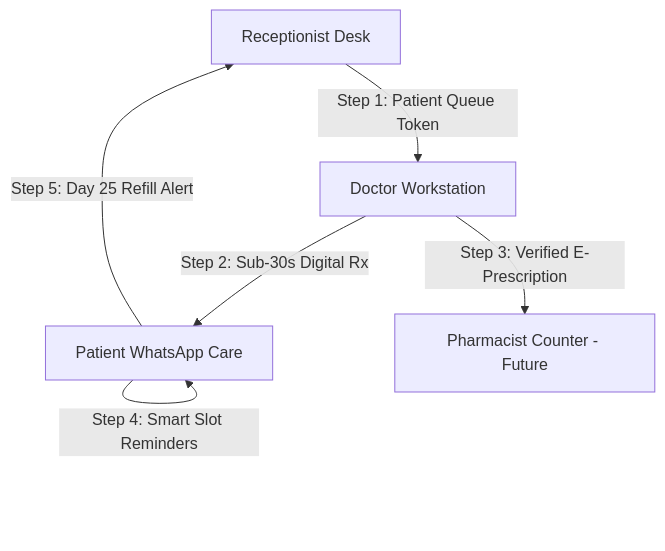
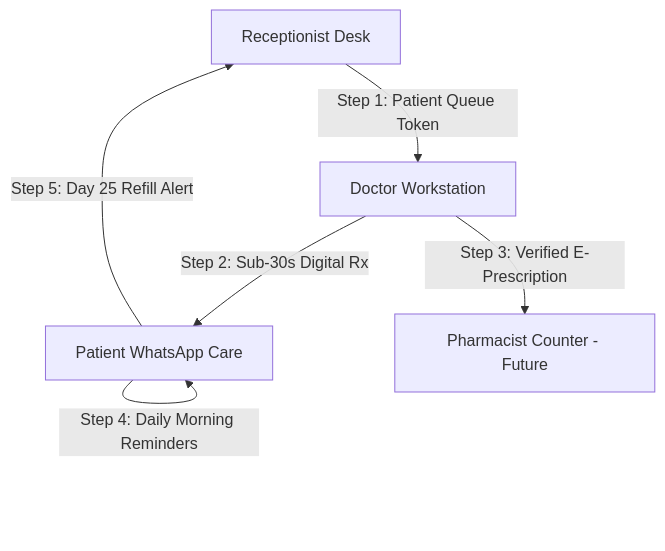
One commit to orugtechnologies/RxNXT-Cloud changed the diagram in RxNXT_Master_Feature_Playbook.md. Above: the diagram before and after it, drawn with Mermaid. The commit also changed other lines of this file and 48 other files, not shown here.

````diff
--- a/RxNXT_Master_Feature_Playbook.md
+++ b/RxNXT_Master_Feature_Playbook.md
@@ -16,8 +16,8 @@
 ```mermaid
 graph TD
     R[Receptionist Desk] -->|Step 1: Patient Queue Token| D[Doctor Workstation]
     D -->|Step 2: Sub-30s Digital Rx| P[Patient WhatsApp Care]
     D -->|Step 3: Verified E-Prescription| Ph[Pharmacist Counter - Future]
-    P -->|Step 4: Smart Slot Reminders| P
+    P -->|Step 4: Daily Morning Reminders| P
     P -->|Step 5: Day 25 Refill Alert| R
 ```
````
